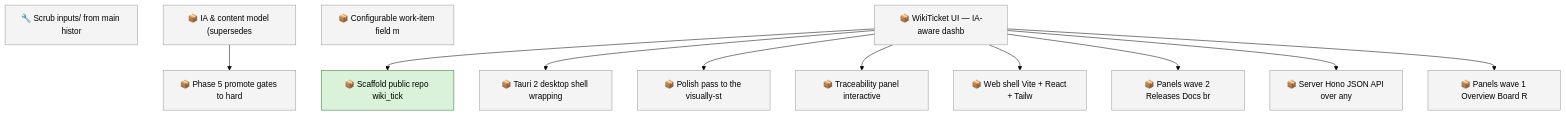
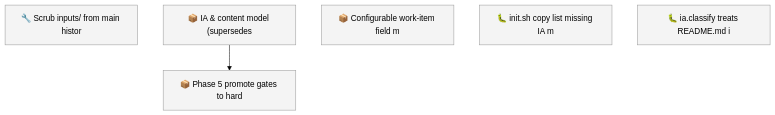
The first of 2 diagrams in docs/roadmap.md (SpillwaveSolutions/wiki_ticket_sdd), drawn with Mermaid (forest theme) before and after one commit. The commit also changed other lines of this file and 10 other files, not shown here.

First line of the commit message:
chore(sync): UI tracking moved to wiki_ticket_sdd_ui — epic 01KY5VY0TD + items cancelled (moved), #113-#121 closed; init.sh IA-modules bug filed (01KY5ZY3ZX), classify README bug filed

````diff
--- a/docs/roadmap.md
+++ b/docs/roadmap.md
@@ -77,29 +55,12 @@
 ```mermaid
 graph TD
     01KY2KHHF43KAZ54F57BQW71TD["🔧 Scrub inputs/ from main histor"]
     01KY5G9ZW0H2YMNWDFJYGRPYE5["📦 IA & content model (supersedes"]
     01KY5G9ZW0RABXWHEMEP1FAV2G["📦 Phase 5 promote gates to hard"]
     01KY5NE0ZYGBWG44N0KPEBFCZ8["📦 Configurable work-item field m"]
-    01KY5VY0TDSWJE6W80CNCWA8QA["📦 WikiTicket UI — IA-aware dashb"]
-    01KY5VY0TDTD7PQDT6EVD5AG9N["📦 Scaffold public repo wiki_tick"]
-    01KY5VY0TE7G7ZC5W20T3KAXJ7["📦 Tauri 2 desktop shell wrapping"]
-    01KY5VY0TE8B6RXVX1MQYJZ0TH["📦 Polish pass to the visually-st"]
-    01KY5VY0TE8EZPWNZPZWSPTSAR["📦 Traceability panel interactive"]
-    01KY5VY0TEK8XSGP2SG57GF0KT["📦 Web shell Vite + React + Tailw"]
-    01KY5VY0TEKXBXK91S9ZFZTJZ5["📦 Panels wave 2 Releases Docs br"]
-    01KY5VY0TEW87KK6AW6FQTYGZ9["📦 Server Hono JSON API over any"]
-    01KY5VY0TEWBMZK5W6YJN5FQ9D["📦 Panels wave 1 Overview Board R"]
+    01KY5ZY3ZX2Z4F73Y0BT0M0NR5["🐛 init.sh copy list missing IA m"]
+    01KY6037BN94086PR1QP0CM7XC["🐛 ia.classify treats README.md i"]
     01KY5G9ZW0H2YMNWDFJYGRPYE5 --> 01KY5G9ZW0RABXWHEMEP1FAV2G
-    01KY5VY0TDSWJE6W80CNCWA8QA --> 01KY5VY0TDTD7PQDT6EVD5AG9N
-    01KY5VY0TDSWJE6W80CNCWA8QA --> 01KY5VY0TE7G7ZC5W20T3KAXJ7
-    01KY5VY0TDSWJE6W80CNCWA8QA --> 01KY5VY0TE8B6RXVX1MQYJZ0TH
-    01KY5VY0TDSWJE6W80CNCWA8QA --> 01KY5VY0TE8EZPWNZPZWSPTSAR
-    01KY5VY0TDSWJE6W80CNCWA8QA --> 01KY5VY0TEK8XSGP2SG57GF0KT
-    01KY5VY0TDSWJE6W80CNCWA8QA --> 01KY5VY0TEKXBXK91S9ZFZTJZ5
-    01KY5VY0TDSWJE6W80CNCWA8QA --> 01KY5VY0TEW87KK6AW6FQTYGZ9
-    01KY5VY0TDSWJE6W80CNCWA8QA --> 01KY5VY0TEWBMZK5W6YJN5FQ9D
     classDef todo fill:#f4f4f4,stroke:#999999
-    class 01KY2KHHF43KAZ54F57BQW71TD,01KY5G9ZW0H2YMNWDFJYGRPYE5,01KY5G9ZW0RABXWHEMEP1FAV2G,01KY5NE0ZYGBWG44N0KPEBFCZ8,01KY5VY0TDSWJE6W80CNCWA8QA,01KY5VY0TE7G7ZC5W20T3KAXJ7,01KY5VY0TE8B6RXVX1MQYJZ0TH,01KY5VY0TE8EZPWNZPZWSPTSAR,01KY5VY0TEK8XSGP2SG57GF0KT,01KY5VY0TEKXBXK91S9ZFZTJZ5,01KY5VY0TEW87KK6AW6FQTYGZ9,01KY5VY0TEWBMZK5W6YJN5FQ9D todo
-    classDef in_progress fill:#d9f2d9,stroke:#2e7d32
-    class 01KY5VY0TDTD7PQDT6EVD5AG9N in_progress
+    class 01KY2KHHF43KAZ54F57BQW71TD,01KY5G9ZW0H2YMNWDFJYGRPYE5,01KY5G9ZW0RABXWHEMEP1FAV2G,01KY5NE0ZYGBWG44N0KPEBFCZ8,01KY5ZY3ZX2Z4F73Y0BT0M0NR5,01KY6037BN94086PR1QP0CM7XC todo
 ```
````
